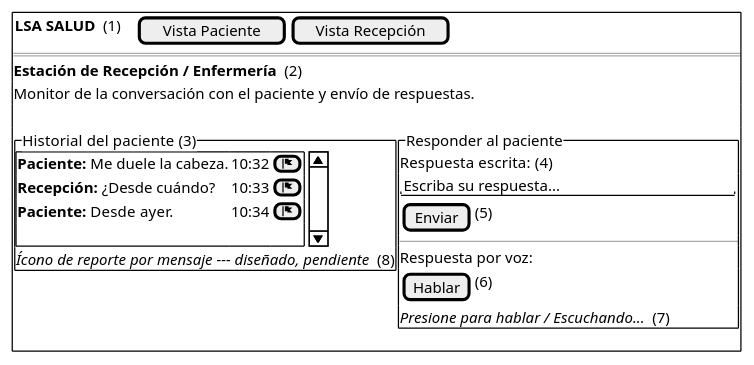
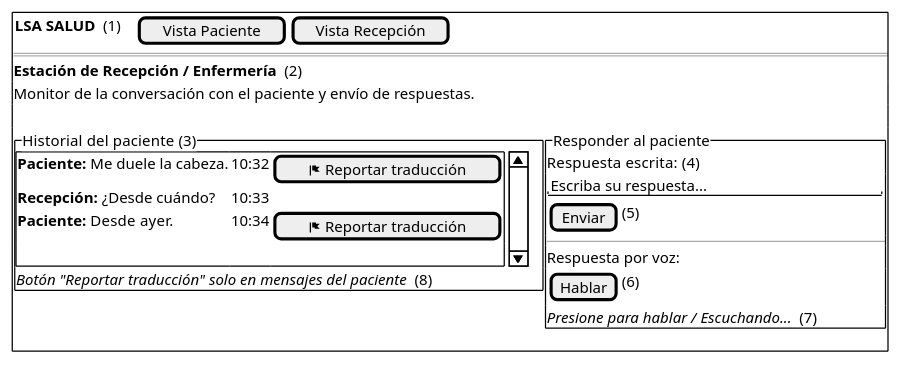
One commit to santinohamada/Nexora changed the diagram in docs/diagramas/04_mockup_p03_recepcion.puml. Above: the diagram before and after it, drawn with PlantUML. The commit also changed 38 other files, not shown here.

```diff
--- a/docs/diagramas/04_mockup_p03_recepcion.puml
+++ b/docs/diagramas/04_mockup_p03_recepcion.puml
@@ -1,28 +1,28 @@
 @startsalt 04_mockup_p03_recepcion
 {+
   { <b>LSA SALUD</b>  (1) | . | . | [Vista Paciente] | [Vista Recepción] }
   ==
   <b>Estación de Recepción / Enfermería</b>  (2)
   Monitor de la conversación con el paciente y envío de respuestas.
   .
   {
     {^"Historial del paciente  (3)"
       {SI
-        <b>Paciente:</b> Me duele la cabeza.    | 10:32 | [<&flag>]
-        <b>Recepción:</b> ¿Desde cuándo?        | 10:33 | [<&flag>]
-        <b>Paciente:</b> Desde ayer.            | 10:34 | [<&flag>]
+        <b>Paciente:</b> Me duele la cabeza.    | 10:32 | [<&flag> Reportar traducción]
+        <b>Recepción:</b> ¿Desde cuándo?        | 10:33 | .
+        <b>Paciente:</b> Desde ayer.            | 10:34 | [<&flag> Reportar traducción]
         .                                       | .     | .
       }
-      <i>Ícono de reporte por mensaje --- diseñado, pendiente</i>  (8)
+      <i>Botón "Reportar traducción" solo en mensajes del paciente</i>  (8)
     } | {^"Responder al paciente"
       Respuesta escrita:  (4)
       "Escriba su respuesta...          "
       { [Enviar] | (5) }
       --
       Respuesta por voz:
       { [Hablar] | (6) }
       <i>Presione para hablar / Escuchando...</i>  (7)
     }
   }
 }
 @endsalt
```
